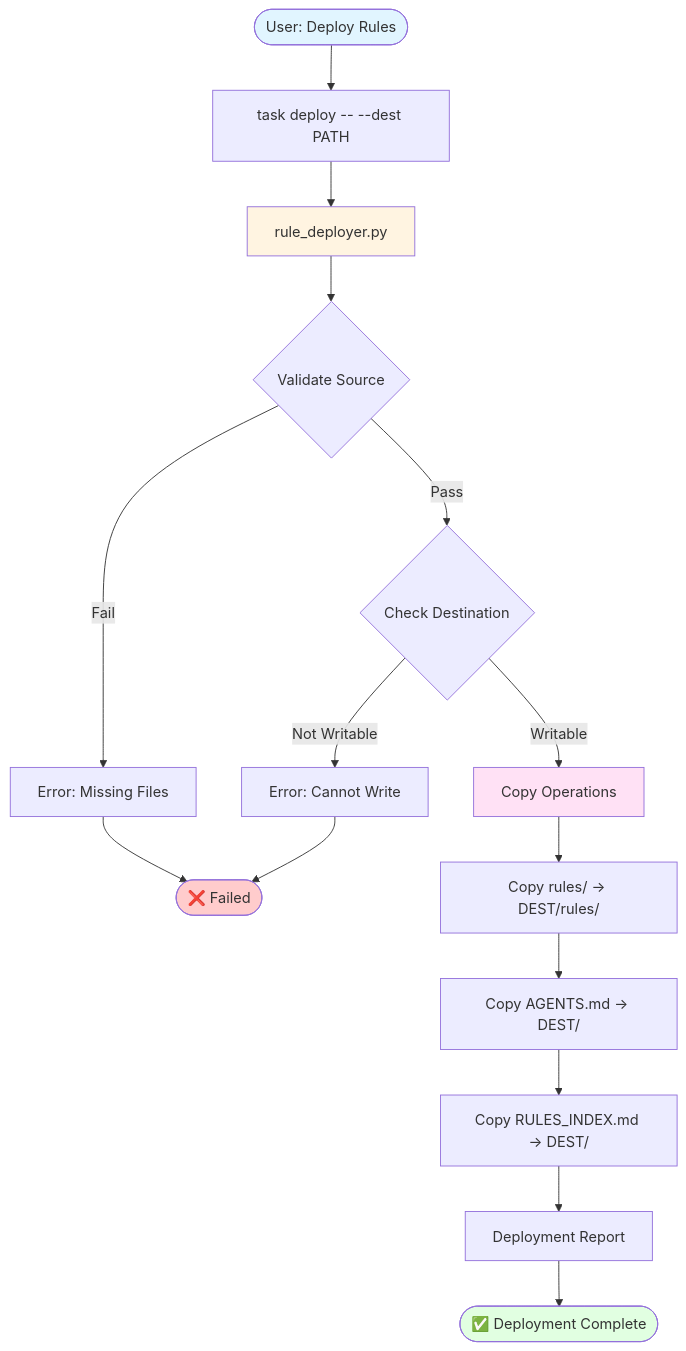
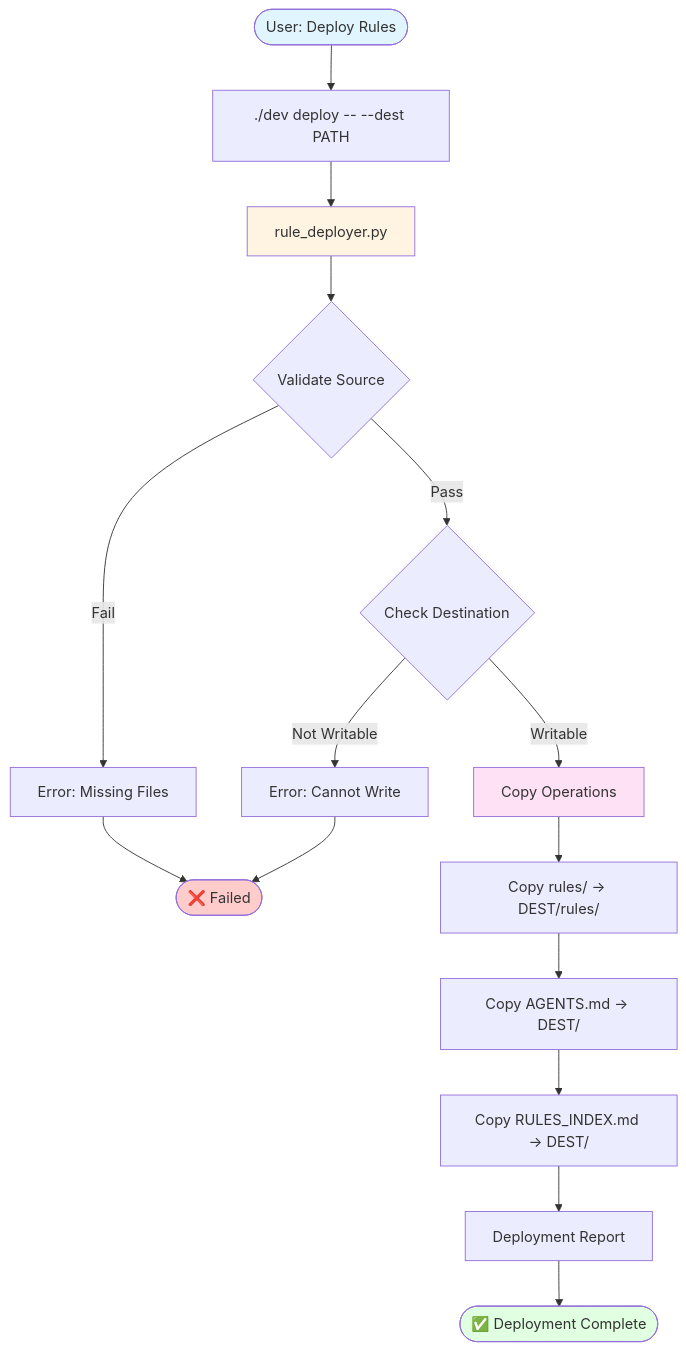
The second of 3 diagrams in docs/ARCHITECTURE.md (sfc-gh-myoung/ai_coding_rules), drawn with Mermaid before and after one commit. The commit also changed other lines of this file and 21 other files, not shown here.

````diff
--- a/docs/ARCHITECTURE.md
+++ b/docs/ARCHITECTURE.md
@@ -1764,24 +1731,24 @@
 ```mermaid
 flowchart TD
     Start([User: Deploy Rules]) --> Command
-    Command[task deploy -- --dest PATH] --> Deployer
+    Command[./dev deploy -- --dest PATH] --> Deployer
     Deployer[rule_deployer.py] --> Validate{Validate Source}
     Validate -->|Fail| Error[Error: Missing Files]
     Validate -->|Pass| CheckDest{Check Destination}
     CheckDest -->|Not Writable| Error2[Error: Cannot Write]
     CheckDest -->|Writable| Copy
     Copy[Copy Operations] --> CopyRules[Copy rules/ → DEST/rules/]
     CopyRules --> CopyAgents[Copy AGENTS.md → DEST/]
     CopyAgents --> CopyIndex[Copy RULES_INDEX.md → DEST/]
     CopyIndex --> Report[Deployment Report]
     Report --> Success([✅ Deployment Complete])
     
     Error --> End([❌ Failed])
     Error2 --> End
     
     style Start fill:#e1f5ff
     style Deployer fill:#fff4e1
     style Copy fill:#ffe1f5
     style Success fill:#e1ffe1
     style End fill:#ffcccc
 ```
````
